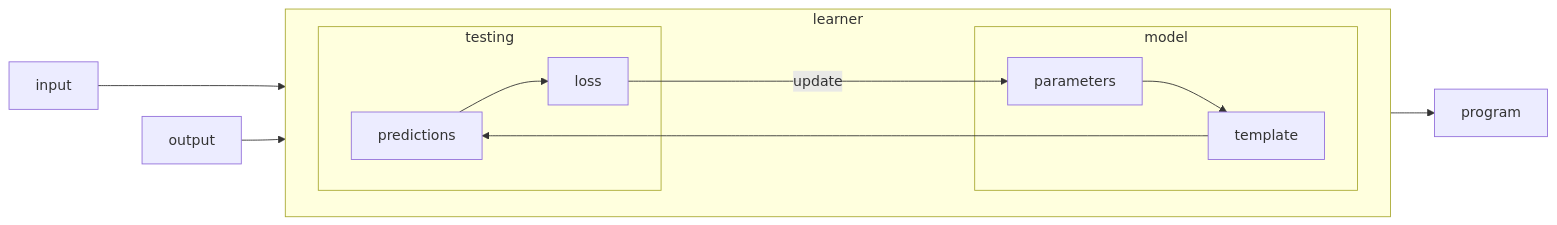
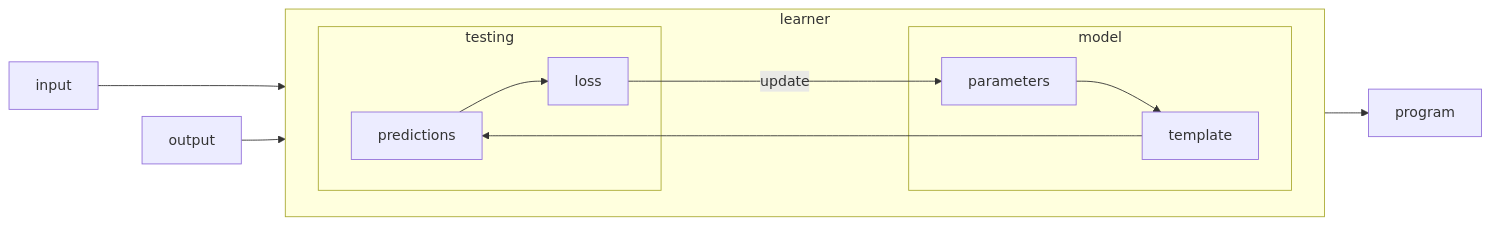
One commit to nicoladerric/nicoladerric.github.io changed the third of 3 diagrams in _posts/2023-08-16-rivoluzione.md. Above: the diagram before and after it, drawn with Mermaid.

````diff
--- a/_posts/2023-08-16-rivoluzione.md
+++ b/_posts/2023-08-16-rivoluzione.md
@@ -53,18 +53,18 @@
 ```mermaid
 flowchart LR;
     input ---> template;
     subgraph learner
         direction LR
         subgraph model
         parameters --> template;
         end
-        model ~~~ testing;
         subgraph testing
         template --> predictions;
         predictions --> loss;
-        loss -----> |update|parameters;
+        loss ----> |update|parameters;
         end
+        model ~~~ testing;
     end
     output --> loss;
     learner --> program
 ```
````
